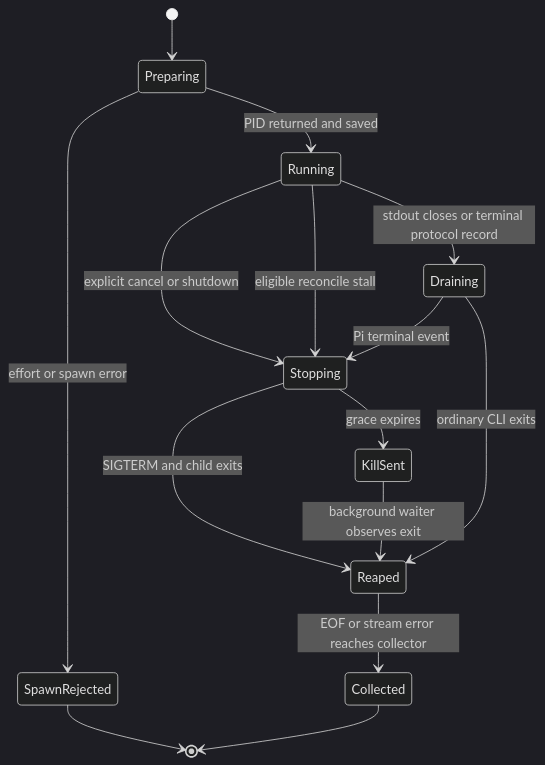
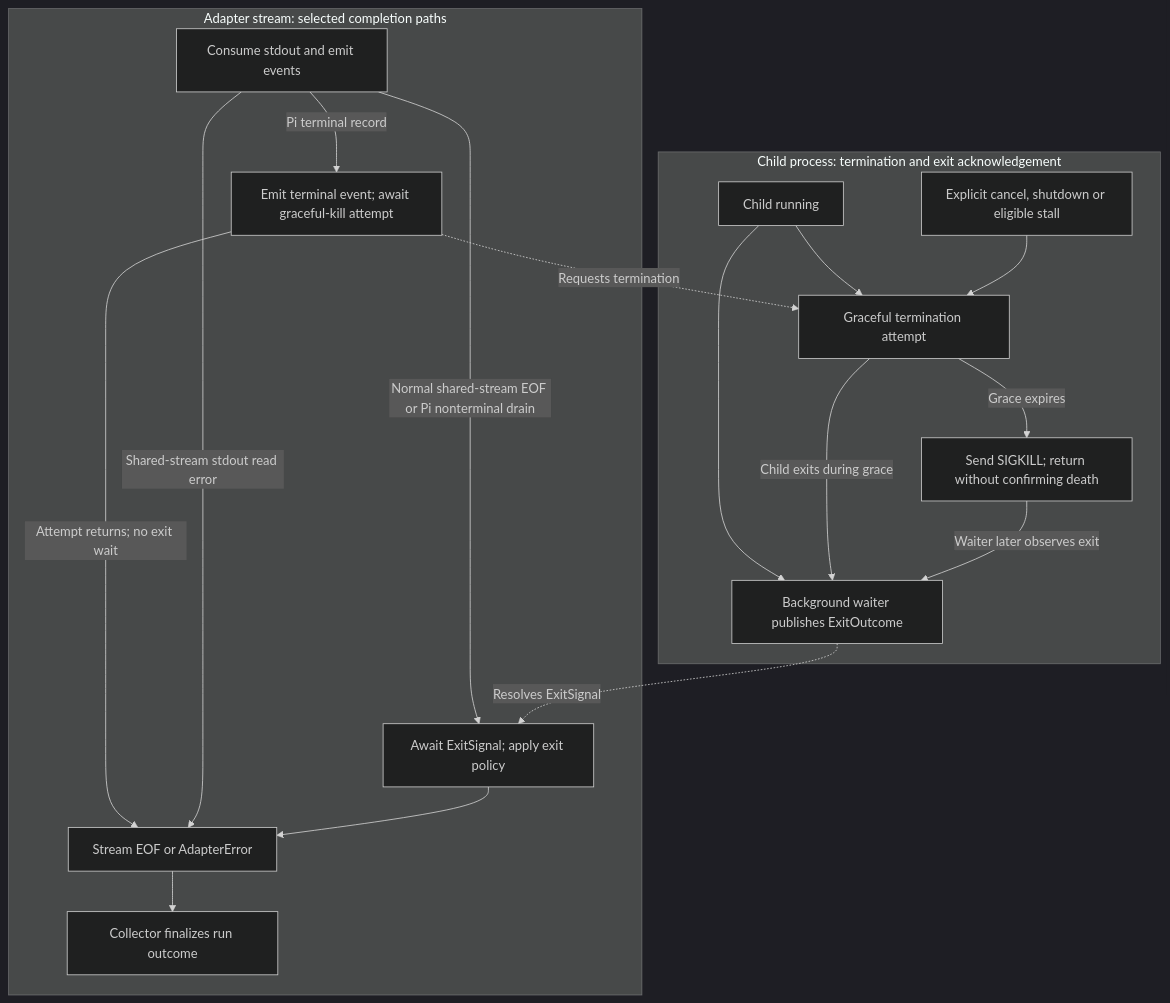
The third of 3 diagrams in docs/internal/driving-agent-clis.md (yuxhuang/r-orch), drawn with Mermaid (dark theme) before and after one commit. The commit also changed other lines of this file, not shown here.

````diff
--- a/docs/internal/driving-agent-clis.md
+++ b/docs/internal/driving-agent-clis.md
@@ -422,17 +424,21 @@
 ```mermaid
-stateDiagram-v2
-    [*] --> Preparing
-    Preparing --> SpawnRejected: effort or spawn error
-    Preparing --> Running: PID returned and saved
-    Running --> Draining: stdout closes or terminal protocol record
-    Running --> Stopping: explicit cancel or shutdown
-    Running --> Stopping: eligible reconcile stall
-    Stopping --> Reaped: SIGTERM and child exits
-    Stopping --> KillSent: grace expires
-    KillSent --> Reaped: background waiter observes exit
-    Draining --> Reaped: ordinary CLI exits
-    Draining --> Stopping: Pi terminal event
-    Reaped --> Collected: EOF or stream error reaches collector
-    SpawnRejected --> [*]
-    Collected --> [*]
+flowchart TD
+    subgraph Process["Child process: termination and exit acknowledgement"]
+        Running["Child running"] --> Reaped["Background waiter publishes ExitOutcome"]
+        Running --> Stopping["Graceful termination attempt"]
+        Stopping -->|"Child exits during grace"| Reaped
+        Stopping -->|"Grace expires"| KillSent["Send SIGKILL; return without confirming death"]
+        KillSent -->|"Waiter later observes exit"| Reaped
+        Cancel["Explicit cancel, shutdown or eligible stall"] --> Stopping
+    end
+    subgraph Stream["Adapter stream: selected completion paths"]
+        Reading["Consume stdout and emit events"] -->|"Normal shared-stream EOF or Pi nonterminal drain"| WaitExit["Await ExitSignal; apply exit policy"]
+        Reading -->|"Pi terminal record"| Terminal["Emit terminal event; await graceful-kill attempt"]
+        Terminal -->|"Attempt returns; no exit wait"| End["Stream EOF or AdapterError"]
+        Reading -->|"Shared-stream stdout read error"| End
+        WaitExit --> End
+        End --> Collected["Collector finalizes run outcome"]
+    end
+    Terminal -.->|"Requests termination"| Stopping
+    Reaped -.->|"Resolves ExitSignal"| WaitExit
 ```
````
